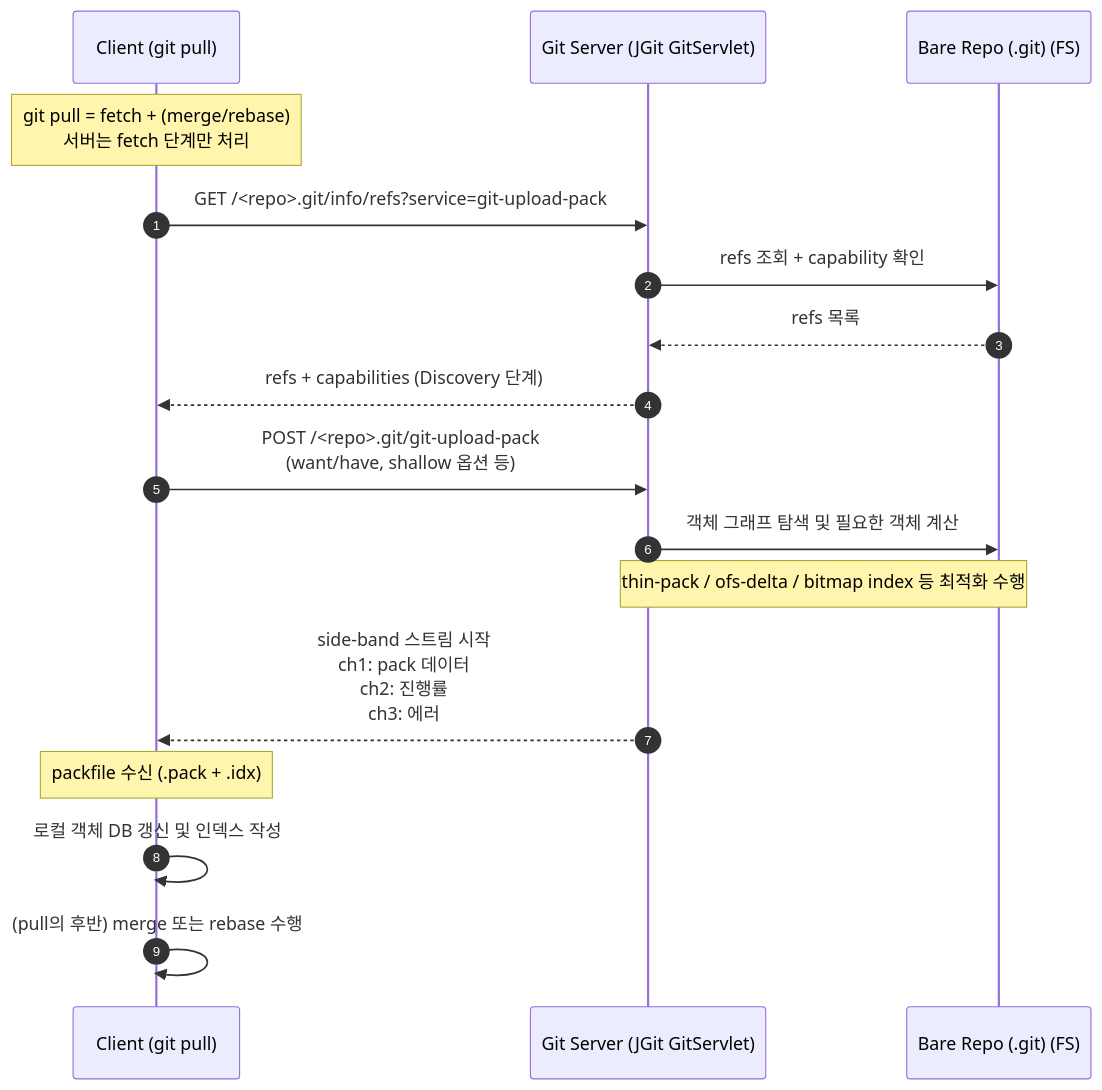
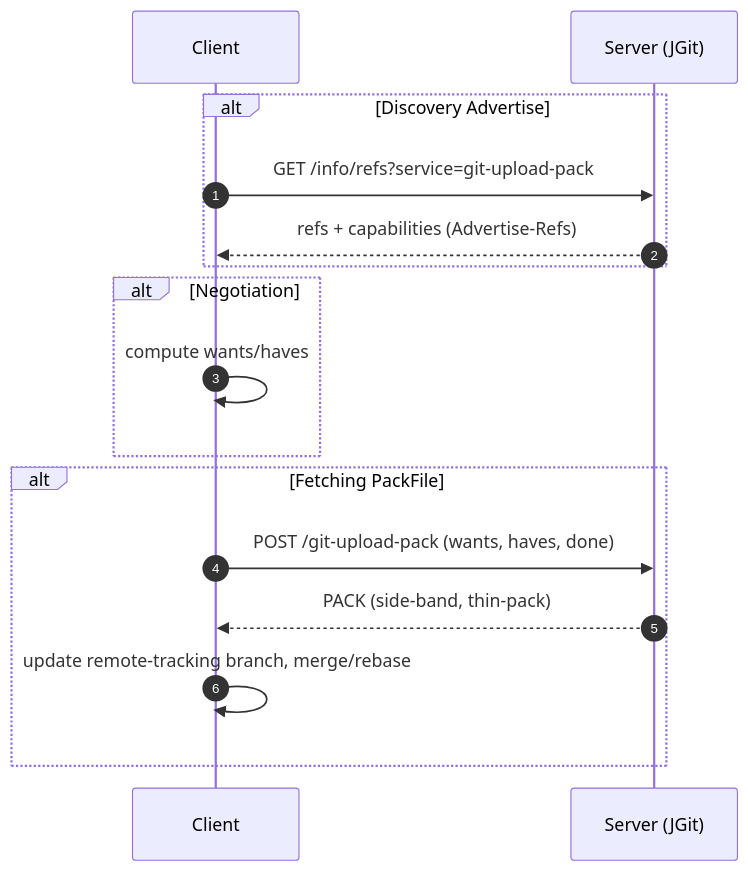
Before and after one commit to hrllk/hrllk.github.io: the diagram in _posts/2025-10-22-what-happen-bare-pull.md, drawn with Mermaid. The commit also changed other lines of this file, not shown here.

Commit message:
update post

````diff
--- a/_posts/2025-10-22-what-happen-bare-pull.md
+++ b/_posts/2025-10-22-what-happen-bare-pull.md
@@ -32,24 +79,20 @@
-``` mermaid
+``` mermaid 
 sequenceDiagram
-    autonumber
-    participant C as Client (git pull)
-    participant G as Git Server (JGit GitServlet)
-    participant R as Bare Repo (.git) (FS)
+  autonumber
+  participant C as Client
+  participant S as Server (JGit)
 
-    Note over C: git pull = fetch + (merge/rebase)<br/>서버는 fetch 단계만 처리
+  alt Discovery Advertise
+      C->>S: GET /info/refs?service=git-upload-pack
+      S-->>C: refs + capabilities (Advertise-Refs)
+  end
+  alt Negotiation
+      C->>C: compute wants/haves
+  end
+  alt Fetching PackFile
+  C->>S: POST /git-upload-pack (wants, haves, done)
+  S-->>C: PACK (side-band, thin-pack)
+  C->>C: update remote-tracking branch, merge/rebase
+  end 
 
-    C->>G: GET /<repo>.git/info/refs?service=git-upload-pack
-    G->>R: refs 조회 + capability 확인
-    R-->>G: refs 목록
-    G-->>C: refs + capabilities (Discovery 단계)
-
-    C->>G: POST /<repo>.git/git-upload-pack<br/>(want/have, shallow 옵션 등)
-    G->>R: 객체 그래프 탐색 및 필요한 객체 계산
-    Note over G,R: thin-pack / ofs-delta / bitmap index 등 최적화 수행
-
-    G-->>C: side-band 스트림 시작<br/>ch1: pack 데이터<br/>ch2: 진행률<br/>ch3: 에러
-    Note over C: packfile 수신 (.pack + .idx)
-
-    C->>C: 로컬 객체 DB 갱신 및 인덱스 작성
-    C->>C: (pull의 후반) merge 또는 rebase 수행
 ```
````
